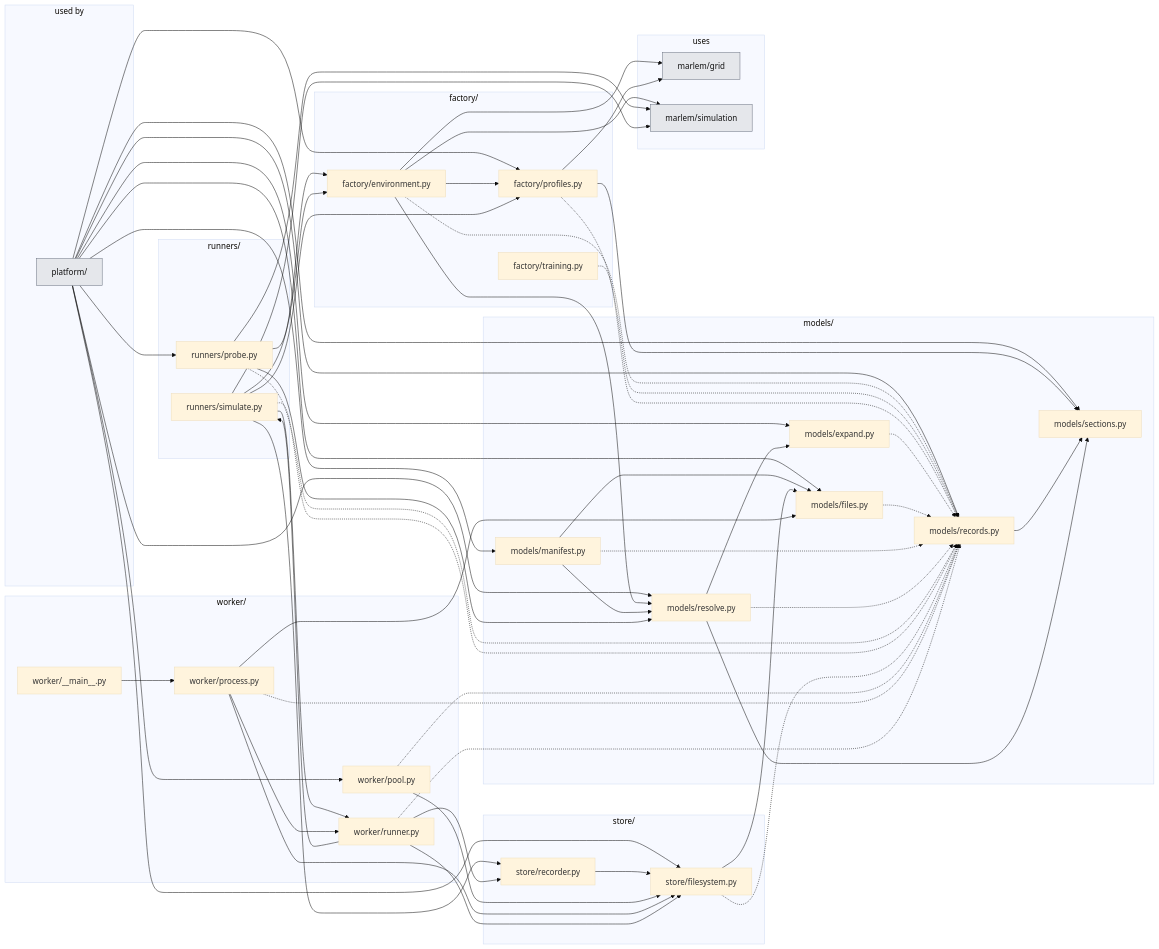
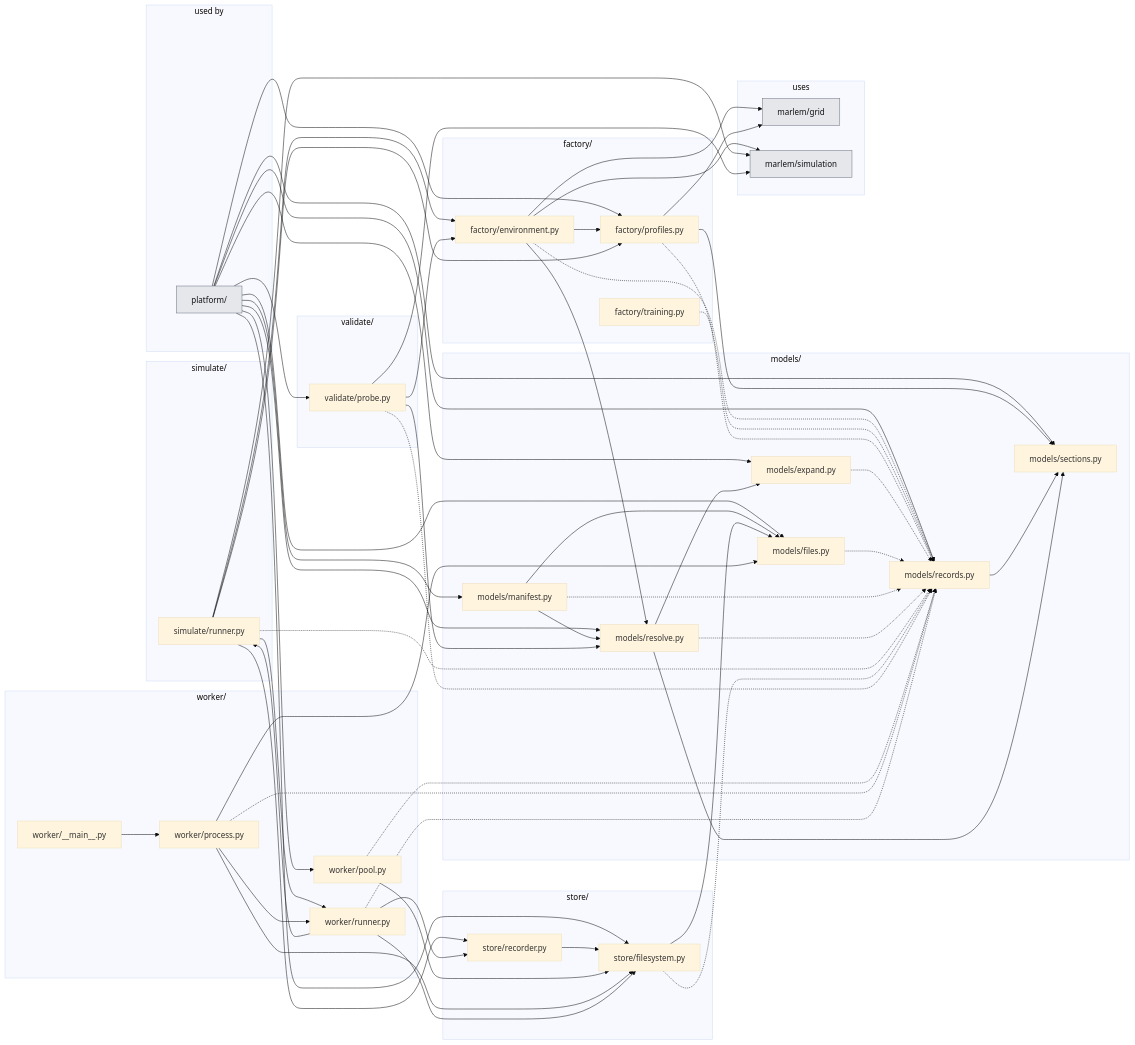
Before and after one commit to KevinRapo/P2P-thesis: the second of 4 diagrams in docs_thesis/thesis/architecture/03-experiment-layer.md, drawn with Mermaid (base theme). The commit also changed 27 other files, not shown here.

Commit message:
refactor(pages): Simulate and Validate grouped by page in studio, services and kernel

```diff
--- a/docs_thesis/thesis/architecture/03-experiment-layer.md
+++ b/docs_thesis/thesis/architecture/03-experiment-layer.md
@@ -60,13 +60,15 @@
     n_platform_kernel_models_resolve["models/resolve.py"]
     n_platform_kernel_models_sections["models/sections.py"]
   end
-  subgraph g_runners["runners/"]
-    n_platform_kernel_runners_probe["runners/probe.py"]
-    n_platform_kernel_runners_simulate["runners/simulate.py"]
+  subgraph g_simulate["simulate/"]
+    n_platform_kernel_simulate_runner["simulate/runner.py"]
   end
   subgraph g_store["store/"]
     n_platform_kernel_store_filesystem["store/filesystem.py"]
     n_platform_kernel_store_recorder["store/recorder.py"]
+  end
+  subgraph g_validate["validate/"]
+    n_platform_kernel_validate_probe["validate/probe.py"]
   end
   subgraph g_worker["worker/"]
     n_platform_kernel_worker___main__["worker/__main__.py"]
@@ -85,8 +87,8 @@
   n_platform__users_ --> n_platform_kernel_models_records
   n_platform__users_ --> n_platform_kernel_models_resolve
   n_platform__users_ --> n_platform_kernel_models_sections
-  n_platform__users_ --> n_platform_kernel_runners_probe
   n_platform__users_ --> n_platform_kernel_store_filesystem
+  n_platform__users_ --> n_platform_kernel_validate_probe
   n_platform__users_ --> n_platform_kernel_worker_pool
   n_platform_kernel_factory_environment --> n_marlem_grid
   n_platform_kernel_factory_environment --> n_marlem_simulation
@@ -106,19 +108,19 @@
   n_platform_kernel_models_resolve --> n_platform_kernel_models_expand
   n_platform_kernel_models_resolve -.-> n_platform_kernel_models_records
   n_platform_kernel_models_resolve --> n_platform_kernel_models_sections
-  n_platform_kernel_runners_probe --> n_marlem_simulation
-  n_platform_kernel_runners_probe --> n_platform_kernel_factory_environment
-  n_platform_kernel_runners_probe -.-> n_platform_kernel_models_records
-  n_platform_kernel_runners_probe --> n_platform_kernel_models_resolve
-  n_platform_kernel_runners_simulate --> n_marlem_simulation
-  n_platform_kernel_runners_simulate --> n_platform_kernel_factory_environment
-  n_platform_kernel_runners_simulate --> n_platform_kernel_factory_profiles
-  n_platform_kernel_runners_simulate -.-> n_platform_kernel_models_records
-  n_platform_kernel_runners_simulate --> n_platform_kernel_store_recorder
-  n_platform_kernel_runners_simulate --> n_platform_kernel_worker_runner
+  n_platform_kernel_simulate_runner --> n_marlem_simulation
+  n_platform_kernel_simulate_runner --> n_platform_kernel_factory_environment
+  n_platform_kernel_simulate_runner --> n_platform_kernel_factory_profiles
+  n_platform_kernel_simulate_runner -.-> n_platform_kernel_models_records
+  n_platform_kernel_simulate_runner --> n_platform_kernel_store_recorder
+  n_platform_kernel_simulate_runner --> n_platform_kernel_worker_runner
   n_platform_kernel_store_filesystem --> n_platform_kernel_models_files
   n_platform_kernel_store_filesystem -.-> n_platform_kernel_models_records
   n_platform_kernel_store_recorder --> n_platform_kernel_store_filesystem
+  n_platform_kernel_validate_probe --> n_marlem_simulation
+  n_platform_kernel_validate_probe --> n_platform_kernel_factory_environment
+  n_platform_kernel_validate_probe -.-> n_platform_kernel_models_records
+  n_platform_kernel_validate_probe --> n_platform_kernel_models_resolve
   n_platform_kernel_worker___main__ --> n_platform_kernel_worker_process
   n_platform_kernel_worker_pool -.-> n_platform_kernel_models_records
   n_platform_kernel_worker_pool --> n_platform_kernel_store_filesystem
@@ -127,7 +129,7 @@
   n_platform_kernel_worker_process --> n_platform_kernel_store_filesystem
   n_platform_kernel_worker_process --> n_platform_kernel_worker_runner
   n_platform_kernel_worker_runner -.-> n_platform_kernel_models_records
-  n_platform_kernel_worker_runner --> n_platform_kernel_runners_simulate
+  n_platform_kernel_worker_runner --> n_platform_kernel_simulate_runner
   n_platform_kernel_worker_runner --> n_platform_kernel_store_filesystem
   n_platform_kernel_worker_runner --> n_platform_kernel_store_recorder
   classDef ext fill:#e5e7eb,stroke:#6b7280,color:#111
```
